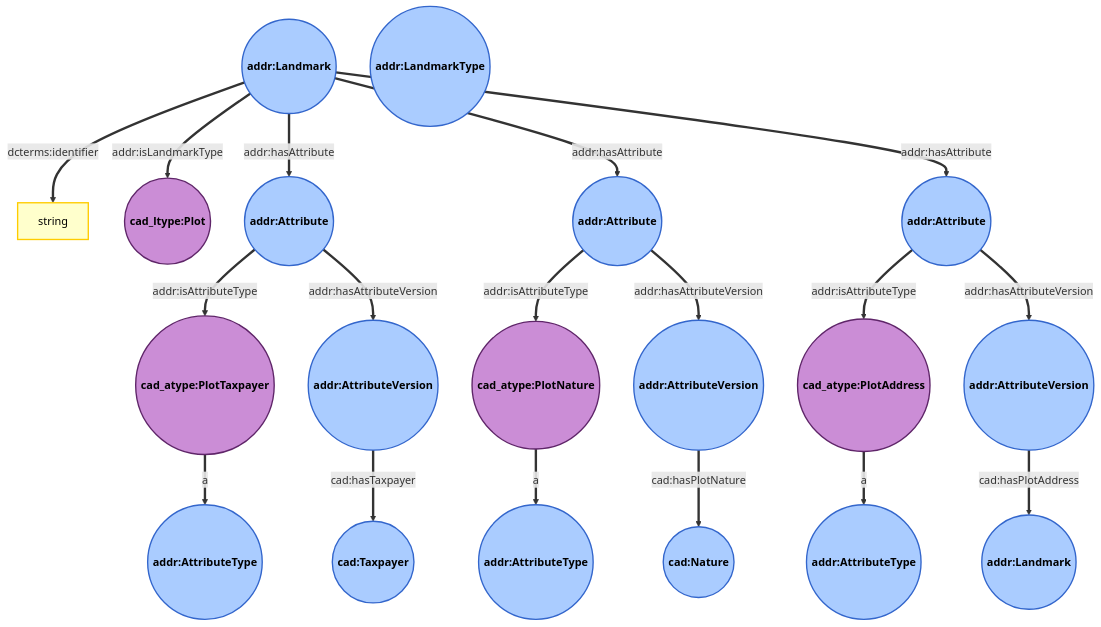
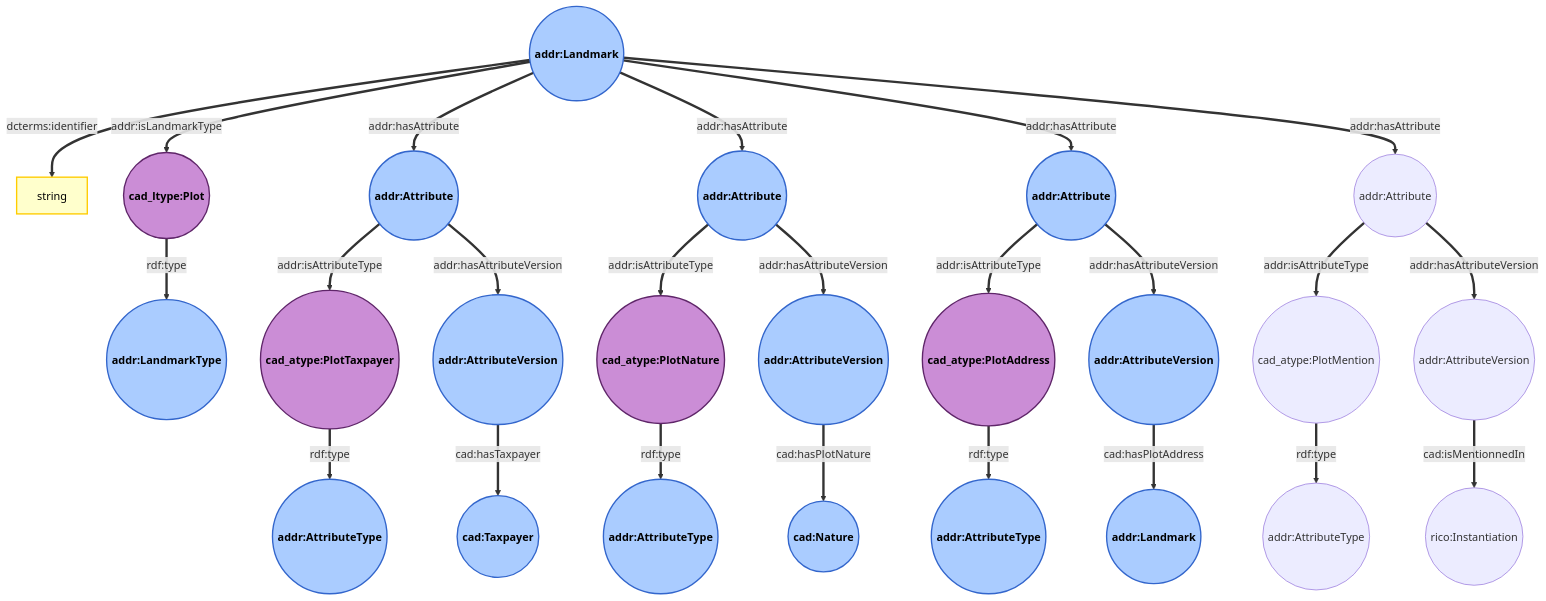
Before and after one commit to umrlastig/pegazus-ontology: the diagram in ontology/documentation/addresses_land_registry_extension/plots_schema.md, drawn with Mermaid. The commit also changed other lines of this file, not shown here.

Commit message:
Update land registry landmarks extension with PlotMention attribute

```diff
--- a/ontology/documentation/addresses_land_registry_extension/plots_schema.md
+++ b/ontology/documentation/addresses_land_registry_extension/plots_schema.md
@@ -25,46 +25,58 @@
     addrAttributeTypeT(("addr:AttributeType"))
     addrAttributeTypeN(("addr:AttributeType"))
     addrAttributeTypeA(("addr:AttributeType"))
+    addrAttributeTypeM(("addr:AttributeType"))
 
     TaxpayerAtt(("addr:Attribute"))
     NatureAtt(("addr:Attribute"))
     AddressAtt(("addr:Attribute"))
+    MentionAtt(("addr:Attribute"))
 
     TaxpayerAttT(("cad_atype:PlotTaxpayer"))
     NatureAttT(("cad_atype:PlotNature"))
     AddressAttT(("cad_atype:PlotAddress"))
+    MentionAttT(("cad_atype:PlotMention"))
 
     NatureAttV(("addr:AttributeVersion"))
     AddressAttV(("addr:AttributeVersion"))
     TaxpayerAttV(("addr:AttributeVersion"))
+    MentionAttV(("addr:AttributeVersion"))
 
     TaxpayerValue(("cad:Taxpayer"))
     NatureValue(("cad:Nature"))
     AddressValue(("addr:Landmark"))
+    MentionValue(("rico:Instantiation"))
 
     %% 2. Connect the unique IDs
     
     LandmarkNode == "dcterms:identifier" ==> PlotId 
     LandmarkNode == "addr:isLandmarkType" ==> PlotType
+    PlotType == "rdf:type" ==> addrLandmarkType
 
     LandmarkNode == "addr:hasAttribute" ==> TaxpayerAtt
     LandmarkNode == "addr:hasAttribute" ==> NatureAtt
     LandmarkNode == "addr:hasAttribute" ==> AddressAtt
+    LandmarkNode == "addr:hasAttribute" ==> MentionAtt
 
     TaxpayerAtt == "addr:isAttributeType" ==> TaxpayerAttT
-    TaxpayerAttT == "a" ==> addrAttributeTypeT
+    TaxpayerAttT == "rdf:type" ==> addrAttributeTypeT
     TaxpayerAtt == "addr:hasAttributeVersion" ==> TaxpayerAttV
     TaxpayerAttV == "cad:hasTaxpayer" ==> TaxpayerValue
 
     NatureAtt == "addr:isAttributeType" ==> NatureAttT
-    NatureAttT == "a" ==> addrAttributeTypeN
+    NatureAttT == "rdf:type" ==> addrAttributeTypeN
     NatureAtt == "addr:hasAttributeVersion" ==> NatureAttV
     NatureAttV == "cad:hasPlotNature" ==> NatureValue
 
     AddressAtt == "addr:isAttributeType" ==> AddressAttT
-    AddressAttT == "a" ==> addrAttributeTypeA
+    AddressAttT == "rdf:type" ==> addrAttributeTypeA
     AddressAtt == "addr:hasAttributeVersion" ==> AddressAttV
     AddressAttV == "cad:hasPlotAddress" ==> AddressValue
+
+    MentionAtt == "addr:isAttributeType" ==> MentionAttT
+    MentionAttT == "rdf:type" ==> addrAttributeTypeM
+    MentionAtt == "addr:hasAttributeVersion" ==> MentionAttV
+    MentionAttV == "cad:isMentionnedIn" ==> MentionValue
 
     %% 3. Apply WebVOWL Style
     classDef vowlClass fill:#aaccff,stroke:#3366cc,stroke-width:2px,color:#000,font-weight:bold;
```
